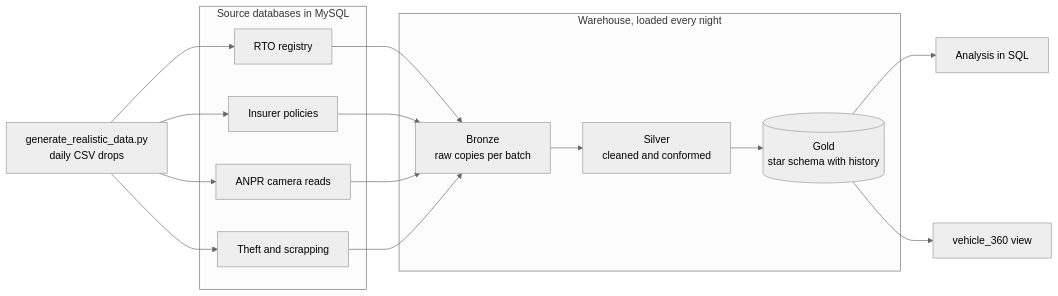
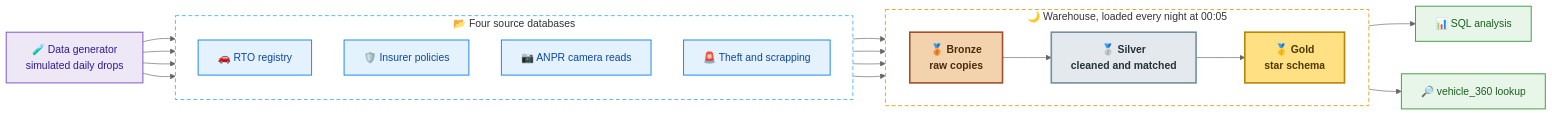
One commit to cakash691/Vehicle-Compliance-Platform changed the diagram in README.md. Above: the diagram before and after it, drawn with Mermaid (neutral theme). The commit also changed other lines of this file and 2 other files, not shown here.

Commit message:
Simplify the docs and colour the architecture diagram

````diff
--- a/README.md
+++ b/README.md
@@ -20,21 +7,43 @@
 ```mermaid
 flowchart LR
-    G["generate_realistic_data.py<br/>daily CSV drops"]
-    subgraph SRC["Source databases in MySQL"]
-        R["RTO registry"]
-        P["Insurer policies"]
-        C["ANPR camera reads"]
-        T["Theft and scrapping"]
+    GEN["🧪 Data generator<br/>simulated daily drops"]
+
+    subgraph SRC["📂 Four source databases"]
+        direction TB
+        R["🚗 RTO registry"]
+        P["🛡️ Insurer policies"]
+        C["📷 ANPR camera reads"]
+        T["🚨 Theft and scrapping"]
     end
-    subgraph DWH["Warehouse, loaded every night"]
-        B["Bronze<br/>raw copies per batch"]
-        S["Silver<br/>cleaned and conformed"]
-        GD[("Gold<br/>star schema with history")]
+
+    subgraph DWH["🌙 Warehouse, loaded every night at 00:05"]
+        direction LR
+        B["🥉 Bronze<br/>raw copies"]
+        S["🥈 Silver<br/>cleaned and matched"]
+        G["🥇 Gold<br/>star schema"]
     end
-    Q["Analysis in SQL"]
-    V["vehicle_360 view"]
-    G --> R & P & C & T
+
+    Q["📊 SQL analysis"]
+    V["🔎 vehicle_360 lookup"]
+
+    GEN --> R & P & C & T
     R & P & C & T --> B
-    B --> S --> GD
-    GD --> Q & V
+    B --> S
+    S --> G
+    G --> Q & V
+
+    classDef gen fill:#EDE7F6,stroke:#7E57C2,stroke-width:1.5px,color:#311B92
+    classDef src fill:#E3F2FD,stroke:#1E88E5,stroke-width:1.5px,color:#0D47A1
+    classDef bronze fill:#F3D2AE,stroke:#A0522D,stroke-width:2.5px,color:#4E2A0E,font-weight:bold
+    classDef silver fill:#E4E9ED,stroke:#78909C,stroke-width:2.5px,color:#263238,font-weight:bold
+    classDef gold fill:#FFE082,stroke:#B8860B,stroke-width:2.5px,color:#4D3800,font-weight:bold
+    classDef out fill:#E8F5E9,stroke:#43A047,stroke-width:1.5px,color:#1B5E20
+    class GEN gen
+    class R,P,C,T src
+    class B bronze
+    class S silver
+    class G gold
+    class Q,V out
+    style SRC fill:none,stroke:#64B5F6,stroke-width:1.5px,stroke-dasharray:6 4
+    style DWH fill:none,stroke:#E0A82E,stroke-width:1.5px,stroke-dasharray:6 4
 ```
````
